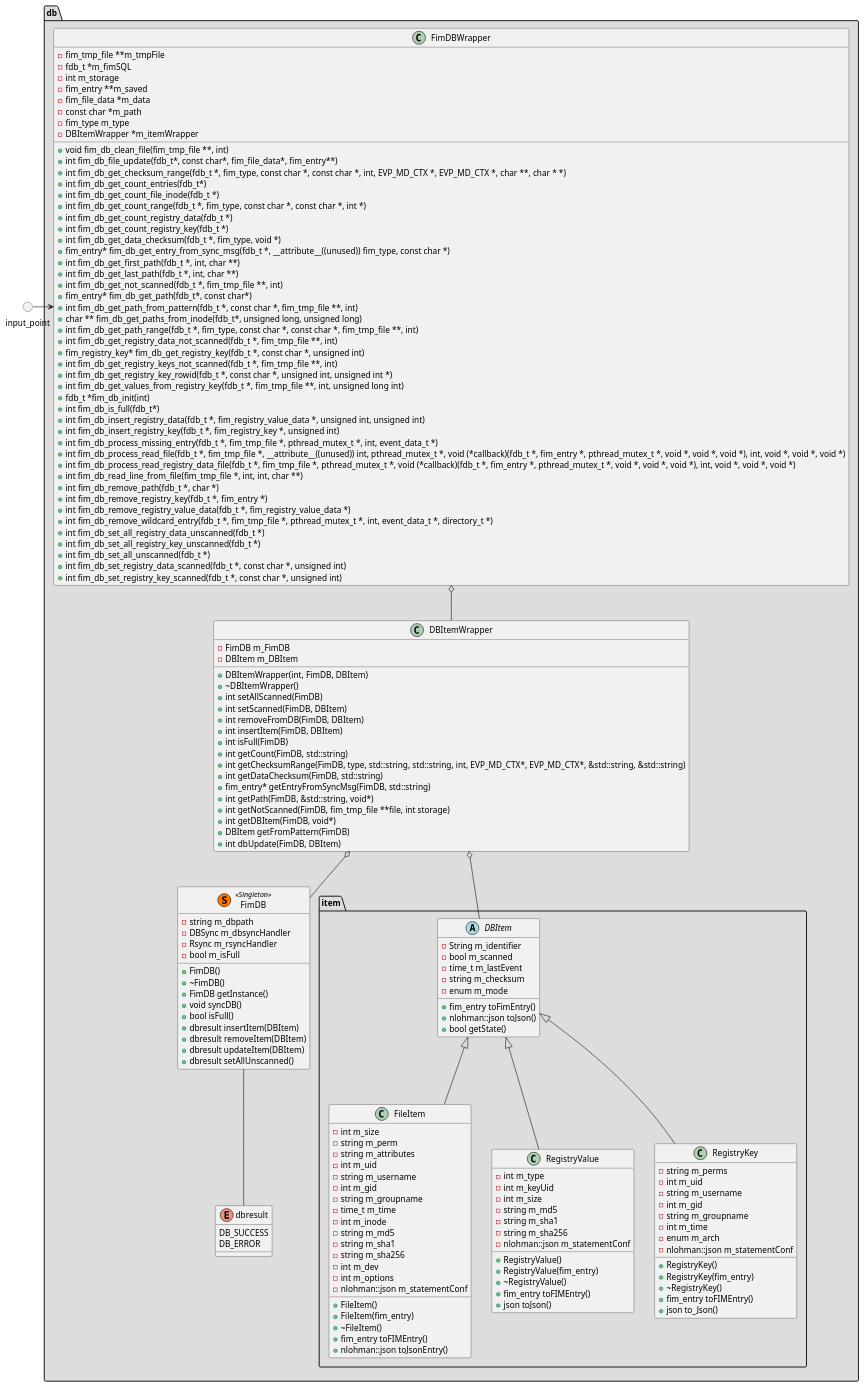
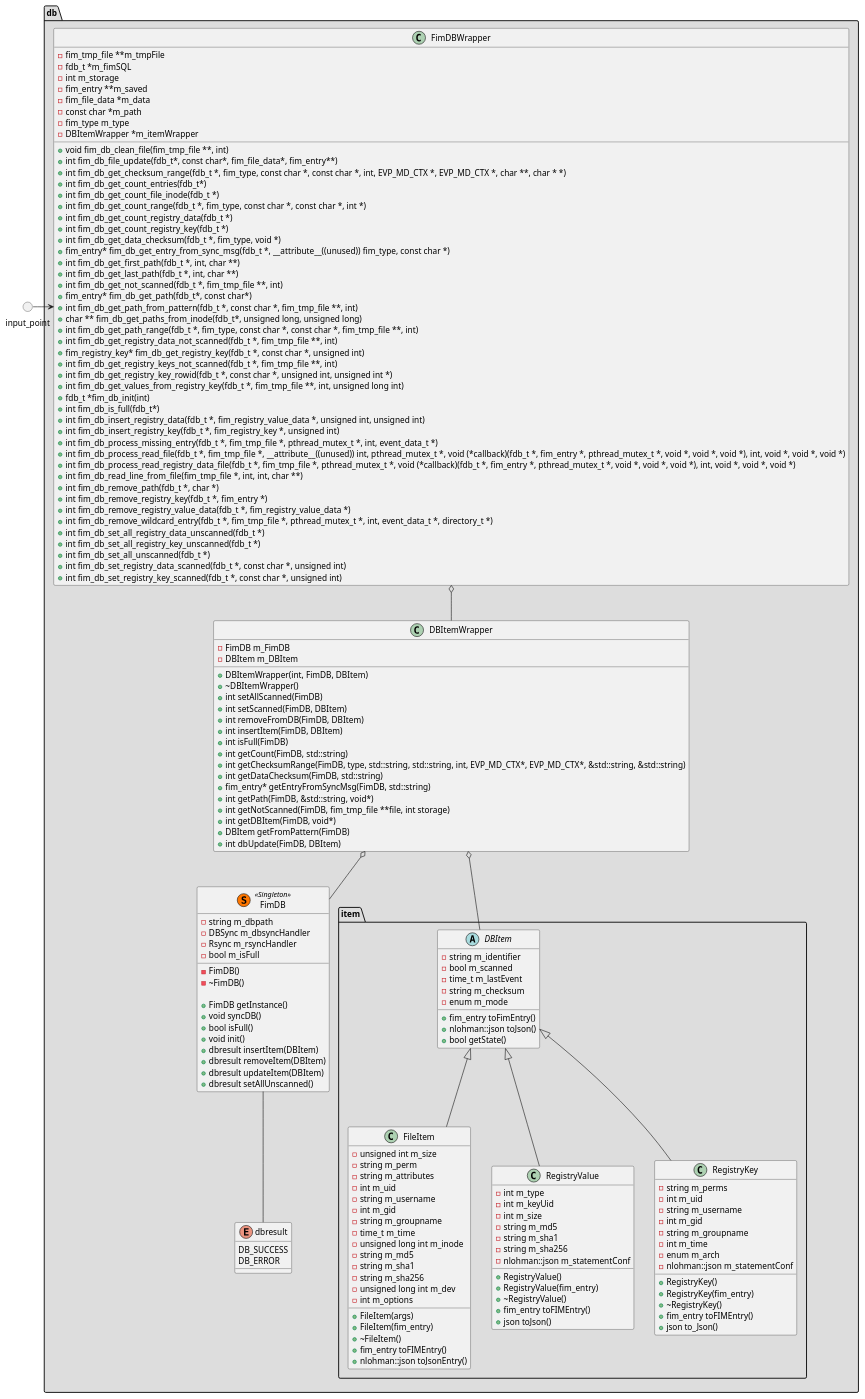
The diagram in architecture/FIM/db/class.puml (wazuh/wazuh-agent), drawn with PlantUML before and after one commit. The commit also changed 1 other file, not shown here.

Commit message:
Add last changes in sequence diagram and class diagram

```diff
--- a/architecture/FIM/db/class.puml
+++ b/architecture/FIM/db/class.puml
@@ -1,173 +1,173 @@
 @startuml db_class
 package "db" <<Folder>> #DDDDDD{
     enum "dbresult" {
         DB_SUCCESS
         DB_ERROR
     }
     package "item" <<Folder>> {
         abstract DBItem {
-            - String m_identifier
+            - string m_identifier
             - bool m_scanned
             - time_t m_lastEvent
             - string m_checksum
             - enum m_mode
 
             + fim_entry toFimEntry()
             + nlohman::json toJson()
             + bool getState()
         }
 
         class FileItem {
-            - int m_size
+            - unsigned int m_size
             - string m_perm
             - string m_attributes
             - int m_uid
             - string m_username
             - int m_gid
             - string m_groupname
             - time_t m_time
-            - int m_inode
+            - unsigned long int m_inode
             - string m_md5
             - string m_sha1
             - string m_sha256
-            - int m_dev
+            - unsigned long int m_dev
             - int m_options
-            - nlohman::json m_statementConf
 
-            + FileItem()
+            + FileItem(args)
             + FileItem(fim_entry)
             + ~FileItem()
             + fim_entry toFIMEntry()
             + nlohman::json toJsonEntry()
         }
         class "RegistryValue" {
             - int m_type
             - int m_keyUid
             - int m_size
             - string m_md5
             - string m_sha1
             - string m_sha256
             - nlohman::json m_statementConf
 
             + RegistryValue()
             + RegistryValue(fim_entry)
             + ~RegistryValue()
             + fim_entry toFIMEntry()
             + json toJson()
         }
         class "RegistryKey" {
             - string m_perms
             - int m_uid
             - string m_username
             - int m_gid
             - string m_groupname
             - int m_time
             - enum m_arch
             - nlohman::json m_statementConf
 
             + RegistryKey()
             + RegistryKey(fim_entry)
             + ~RegistryKey()
             + fim_entry toFIMEntry()
             + json to_Json()
         }
     }
     class "FimDB"  <<(S,#FF7700) Singleton>> {
         - string m_dbpath
         - DBSync m_dbsyncHandler
         - Rsync m_rsyncHandler
         - bool m_isFull
+        - FimDB()
+        - ~FimDB()
 
-        + FimDB()
-        + ~FimDB()
         + FimDB getInstance()
         + void syncDB()
         + bool isFull()
+        + void init()
         + dbresult insertItem(DBItem)
         + dbresult removeItem(DBItem)
         + dbresult updateItem(DBItem)
         + dbresult setAllUnscanned()
     }
     class FimDBWrapper {
         - fim_tmp_file **m_tmpFile
         - fdb_t *m_fimSQL
         - int m_storage
         - fim_entry **m_saved
         - fim_file_data *m_data
         - const char *m_path
         - fim_type m_type
         - DBItemWrapper *m_itemWrapper
 
         + void fim_db_clean_file(fim_tmp_file **, int)
         + int fim_db_file_update(fdb_t*, const char*, fim_file_data*, fim_entry**)
         + int fim_db_get_checksum_range(fdb_t *, fim_type, const char *, const char *, int, EVP_MD_CTX *, EVP_MD_CTX *, char **, char * *)
         + int fim_db_get_count_entries(fdb_t*)
         + int fim_db_get_count_file_inode(fdb_t *)
         + int fim_db_get_count_range(fdb_t *, fim_type, const char *, const char *, int *)
         + int fim_db_get_count_registry_data(fdb_t *)
         + int fim_db_get_count_registry_key(fdb_t *)
         + int fim_db_get_data_checksum(fdb_t *, fim_type, void *)
         + fim_entry* fim_db_get_entry_from_sync_msg(fdb_t *, __attribute__((unused)) fim_type, const char *)
         + int fim_db_get_first_path(fdb_t *, int, char **)
         + int fim_db_get_last_path(fdb_t *, int, char **)
         + int fim_db_get_not_scanned(fdb_t *, fim_tmp_file **, int)
         + fim_entry* fim_db_get_path(fdb_t*, const char*)
         + int fim_db_get_path_from_pattern(fdb_t *, const char *, fim_tmp_file **, int)
         + char ** fim_db_get_paths_from_inode(fdb_t*, unsigned long, unsigned long)
         + int fim_db_get_path_range(fdb_t *, fim_type, const char *, const char *, fim_tmp_file **, int)
         + int fim_db_get_registry_data_not_scanned(fdb_t *, fim_tmp_file **, int)
         + fim_registry_key* fim_db_get_registry_key(fdb_t *, const char *, unsigned int)
         + int fim_db_get_registry_keys_not_scanned(fdb_t *, fim_tmp_file **, int)
         + int fim_db_get_registry_key_rowid(fdb_t *, const char *, unsigned int, unsigned int *)
         + int fim_db_get_values_from_registry_key(fdb_t *, fim_tmp_file **, int, unsigned long int)
         + fdb_t *fim_db_init(int)
         + int fim_db_is_full(fdb_t*)
         + int fim_db_insert_registry_data(fdb_t *, fim_registry_value_data *, unsigned int, unsigned int)
         + int fim_db_insert_registry_key(fdb_t *, fim_registry_key *, unsigned int)
         + int fim_db_process_missing_entry(fdb_t *, fim_tmp_file *, pthread_mutex_t *, int, event_data_t *)
         + int fim_db_process_read_file(fdb_t *, fim_tmp_file *, __attribute__((unused)) int, pthread_mutex_t *, void (*callback)(fdb_t *, fim_entry *, pthread_mutex_t *, void *, void *, void *), int, void *, void *, void *)
         + int fim_db_process_read_registry_data_file(fdb_t *, fim_tmp_file *, pthread_mutex_t *, void (*callback)(fdb_t *, fim_entry *, pthread_mutex_t *, void *, void *, void *), int, void *, void *, void *)
         + int fim_db_read_line_from_file(fim_tmp_file *, int, int, char **)
         + int fim_db_remove_path(fdb_t *, char *)
         + int fim_db_remove_registry_key(fdb_t *, fim_entry *)
         + int fim_db_remove_registry_value_data(fdb_t *, fim_registry_value_data *)
         + int fim_db_remove_wildcard_entry(fdb_t *, fim_tmp_file *, pthread_mutex_t *, int, event_data_t *, directory_t *)
         + int fim_db_set_all_registry_data_unscanned(fdb_t *)
         + int fim_db_set_all_registry_key_unscanned(fdb_t *)
         + int fim_db_set_all_unscanned(fdb_t *)
         + int fim_db_set_registry_data_scanned(fdb_t *, const char *, unsigned int)
         + int fim_db_set_registry_key_scanned(fdb_t *, const char *, unsigned int)
     }
     class DBItemWrapper {
         - FimDB m_FimDB
         - DBItem m_DBItem
 
         + DBItemWrapper(int, FimDB, DBItem)
         + ~DBItemWrapper()
         + int setAllScanned(FimDB)
         + int setScanned(FimDB, DBItem)
         + int removeFromDB(FimDB, DBItem)
         + int insertItem(FimDB, DBItem)
         + int isFull(FimDB)
         + int getCount(FimDB, std::string)
         + int getChecksumRange(FimDB, type, std::string, std::string, int, EVP_MD_CTX*, EVP_MD_CTX*, &std::string, &std::string)
         + int getDataChecksum(FimDB, std::string)
         + fim_entry* getEntryFromSyncMsg(FimDB, std::string)
         + int getPath(FimDB, &std::string, void*)
         + int getNotScanned(FimDB, fim_tmp_file **file, int storage)
         + int getDBItem(FimDB, void*)
         + DBItem getFromPattern(FimDB)
         + int dbUpdate(FimDB, DBItem)
     }
 }
 circle input_point
 
 DBItem <|-- FileItem
 DBItem <|-- RegistryValue
 DBItem <|-- RegistryKey
 FimDBWrapper  o-- DBItemWrapper
 DBItemWrapper  o-- DBItem
 DBItemWrapper  o-- FimDB
 FimDB -- dbresult
 input_point => FimDBWrapper
 @enduml
```
